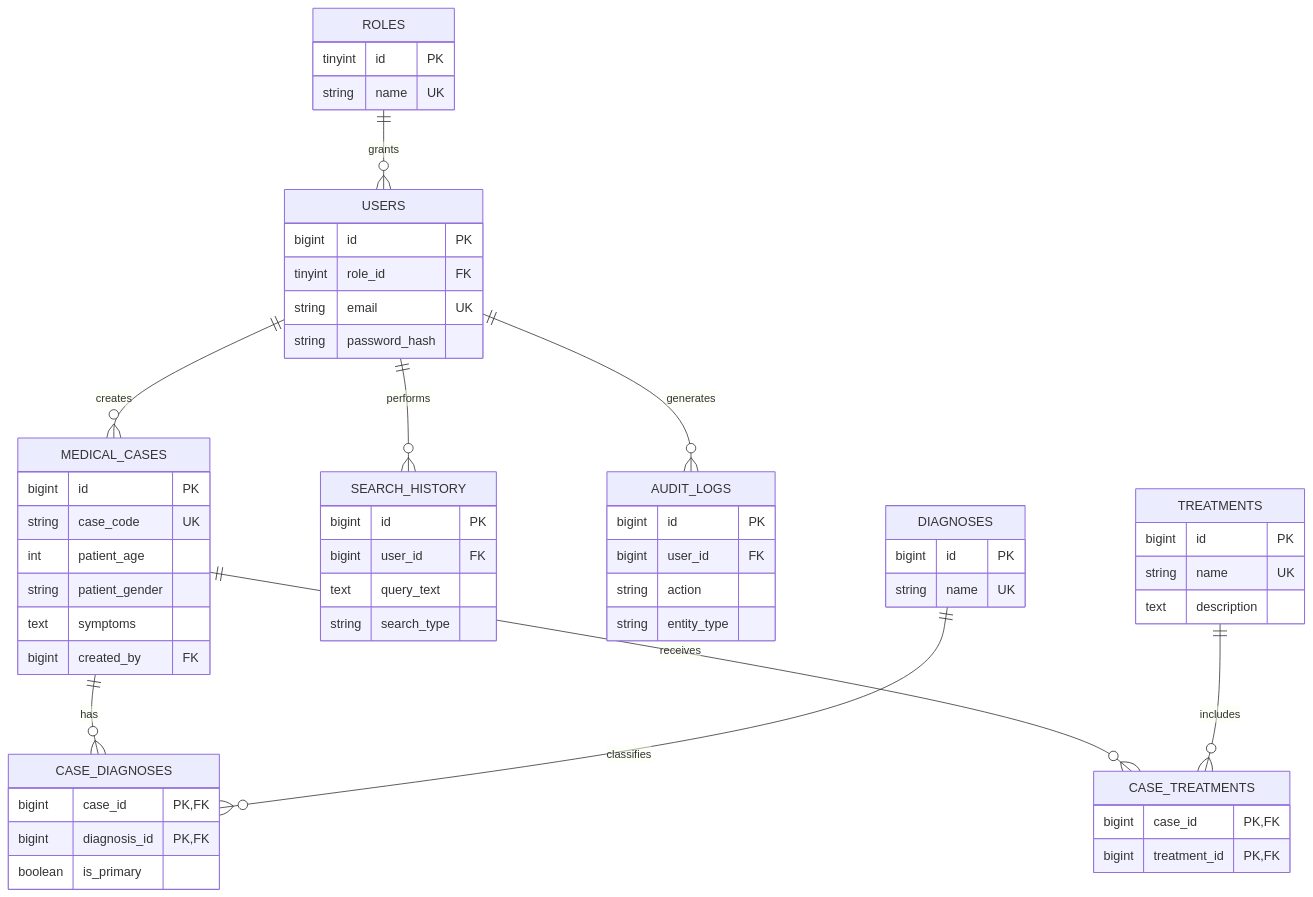
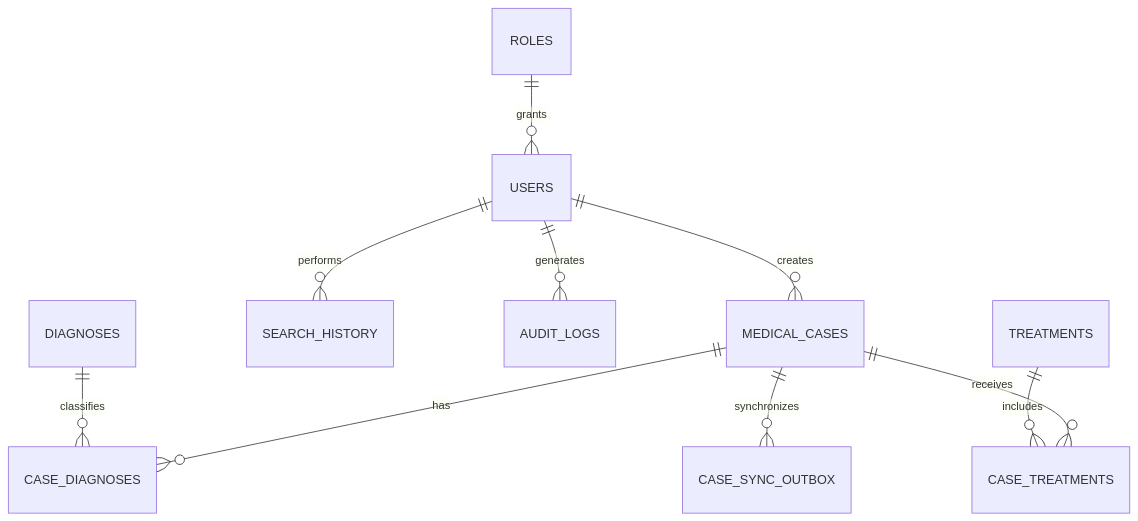
The diagram in docs/database-design.md (HarivasanR/Intelligent-Medical-Case-Similarity-Search-System-DBMS), drawn with Mermaid before and after one commit. The commit also changed other lines of this file and 77 other files, not shown here.

````diff
--- a/docs/database-design.md
+++ b/docs/database-design.md
@@ -11,20 +9,12 @@
 ```mermaid
 erDiagram
   ROLES ||--o{ USERS : grants
   USERS ||--o{ MEDICAL_CASES : creates
   USERS ||--o{ SEARCH_HISTORY : performs
   USERS ||--o{ AUDIT_LOGS : generates
   MEDICAL_CASES ||--o{ CASE_DIAGNOSES : has
   DIAGNOSES ||--o{ CASE_DIAGNOSES : classifies
   MEDICAL_CASES ||--o{ CASE_TREATMENTS : receives
   TREATMENTS ||--o{ CASE_TREATMENTS : includes
-  ROLES { tinyint id PK string name UK }
-  USERS { bigint id PK tinyint role_id FK string email UK string password_hash }
-  MEDICAL_CASES { bigint id PK string case_code UK int patient_age string patient_gender text symptoms bigint created_by FK }
-  DIAGNOSES { bigint id PK string name UK }
-  TREATMENTS { bigint id PK string name UK text description }
-  CASE_DIAGNOSES { bigint case_id PK,FK bigint diagnosis_id PK,FK boolean is_primary }
-  CASE_TREATMENTS { bigint case_id PK,FK bigint treatment_id PK,FK }
-  SEARCH_HISTORY { bigint id PK bigint user_id FK text query_text string search_type }
-  AUDIT_LOGS { bigint id PK bigint user_id FK string action string entity_type }
+  MEDICAL_CASES ||--o{ CASE_SYNC_OUTBOX : synchronizes
 ```
````
